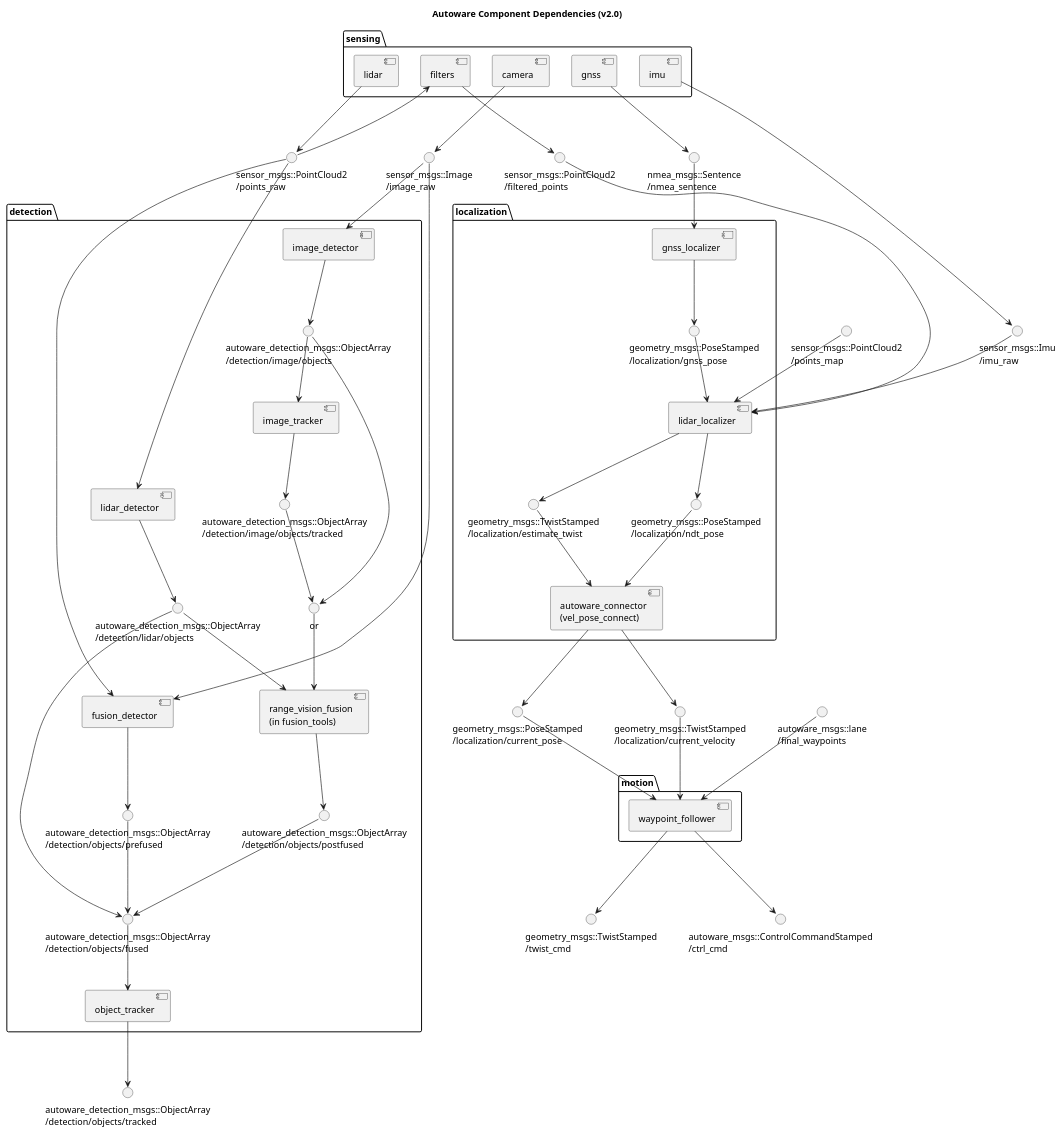
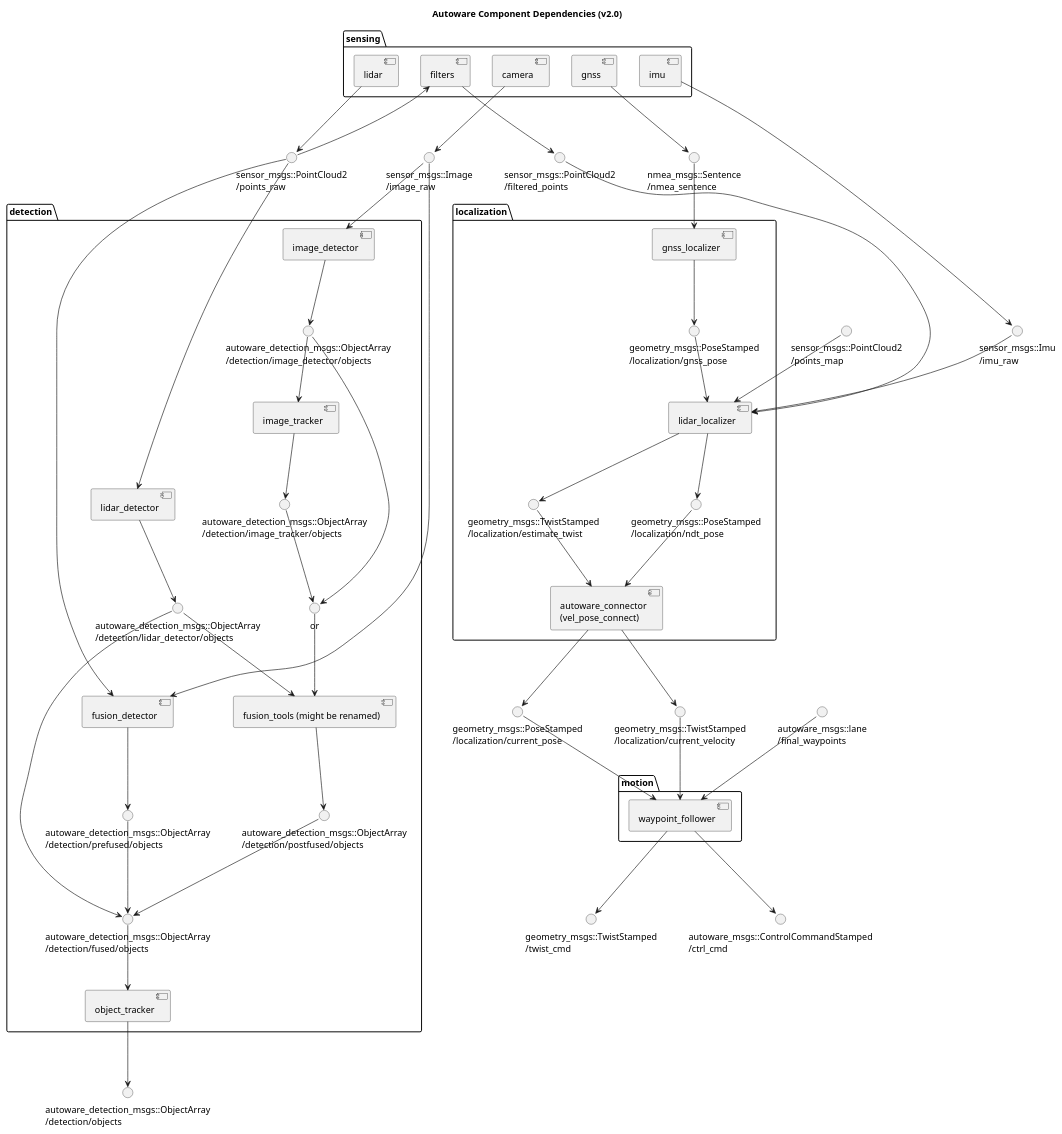
The diagram in docs/architecture/ComponentDiagram.pu (heyuliang/Autoware), drawn with PlantUML before and after one commit.

Commit message:
Rename topics to SOURCE_PHASE/NAME

```diff
--- a/docs/architecture/ComponentDiagram.pu
+++ b/docs/architecture/ComponentDiagram.pu
@@ -1,154 +1,154 @@
 @startuml
 
 title Autoware Component Dependencies (v2.0)
 
 () "sensor_msgs::Image\n/image_raw" as image_raw
 () "sensor_msgs::PointCloud2\n/points_raw" as points_raw
 () "sensor_msgs::PointCloud2\n/filtered_points" as filtered_points
 () "sensor_msgs::Imu\n/imu_raw" as imu_raw 
 () "nmea_msgs::Sentence\n/nmea_sentence" as nmea_sentence
 
 folder sensing {
     [camera]
     'outputs
     camera --> image_raw
 
     [lidar]
     'outputs
     lidar --> points_raw
 
     [filters]
     'inputs
     points_raw --> filters
     'outputs
     filters --> filtered_points
 
     [imu]
     'outputs
     imu --> imu_raw
 
     [gnss]
     'outputs
     gnss --> nmea_sentence
 }
 
-() "autoware_detection_msgs::ObjectArray\n/detection/objects/tracked" as objects_tracked
+() "autoware_detection_msgs::ObjectArray\n/detection/objects" as objects_tracked
 '() "autoware_detection_msgs::TrafficLight\n/detection/traffic_light_color" as traffic_light_color
 
 folder detection {
-    () "autoware_detection_msgs::ObjectArray\n/detection/image/objects" as detected_objects_vision
-    () "autoware_detection_msgs::ObjectArray\n/detection/image/objects/tracked" as image_objects_tracked
+    () "autoware_detection_msgs::ObjectArray\n/detection/image_detector/objects" as detected_objects_vision
+    () "autoware_detection_msgs::ObjectArray\n/detection/image_tracker/objects" as image_objects_tracked
     () "or" as image_objects
-    () "autoware_detection_msgs::ObjectArray\n/detection/lidar/objects" as detected_objects_lidar
-    () "autoware_detection_msgs::ObjectArray\n/detection/objects/postfused" as detected_objects_combined
-    () "autoware_detection_msgs::ObjectArray\n/detection/objects/prefused" as detected_objects_fused
-    () "autoware_detection_msgs::ObjectArray\n/detection/objects/fused" as objects_fused
+    () "autoware_detection_msgs::ObjectArray\n/detection/lidar_detector/objects" as detected_objects_lidar
+    () "autoware_detection_msgs::ObjectArray\n/detection/postfused/objects" as detected_objects_combined
+    () "autoware_detection_msgs::ObjectArray\n/detection/prefused/objects" as detected_objects_fused
+    () "autoware_detection_msgs::ObjectArray\n/detection/fused/objects" as objects_fused
 
     [image_detector]
     'inputs
     image_raw --> image_detector
     'outputs
     image_detector --> detected_objects_vision
 
     [image_tracker]
     'inputs
     detected_objects_vision --> image_tracker
     'outputs
     image_tracker --> image_objects_tracked
 
     [lidar_detector]
     'inputs
     points_raw --> lidar_detector
     'outputs
     lidar_detector --> detected_objects_lidar
 
     [fusion_detector]
     'inputs
     image_raw --> fusion_detector
     points_raw --> fusion_detector
     'outputs
     fusion_detector --> detected_objects_fused
 
-    [range_vision_fusion\n(in fusion_tools)] as fusion_tools
+    [fusion_tools (might be renamed)] as fusion_tools
     'inputs
     image_objects --> fusion_tools
     detected_objects_lidar --> fusion_tools
     'outputs
     fusion_tools --> detected_objects_combined
 
     'connection
     detected_objects_vision --> image_objects
     image_objects_tracked --> image_objects
 
     detected_objects_lidar --> objects_fused
     detected_objects_combined --> objects_fused
     detected_objects_fused --> objects_fused
 
     [object_tracker]
     'inputs
     objects_fused --> object_tracker
     'outputs
     object_tracker --> objects_tracked
 
     '[trafficlight_recognizer]
     'inputs
     'image_raw --> trafficlight_recognizer
     'outputs
     'trafficlight_recognizer --> traffic_light_color
 }
 
 'lidar_localizer
 () "sensor_msgs::PointCloud2\n/points_map" as points_map
 
 'vel_pose_connect
 () "geometry_msgs::PoseStamped\n/localization/current_pose" as current_pose
 () "geometry_msgs::TwistStamped\n/localization/current_velocity" as current_velocity
 
 folder localization {
     () "geometry_msgs::PoseStamped\n/localization/gnss_pose" as gnss_pose
     () "geometry_msgs::TwistStamped\n/localization/estimate_twist" as estimate_twist
     () "geometry_msgs::PoseStamped\n/localization/ndt_pose" as ndt_pose
 
     [gnss_localizer]
     'inputs
     nmea_sentence --> gnss_localizer
     'outputs
     gnss_localizer --> gnss_pose
 
     [lidar_localizer]
     'inputs
     gnss_pose --> lidar_localizer
     filtered_points --> lidar_localizer
     points_map --> lidar_localizer
     imu_raw --> lidar_localizer
     'outputs
     lidar_localizer --> estimate_twist
     lidar_localizer --> ndt_pose
 
     [autoware_connector\n(vel_pose_connect)] as vel_pose_connect
     'inputs
     estimate_twist --> vel_pose_connect
     ndt_pose --> vel_pose_connect
     'outputs
     vel_pose_connect --> current_pose
     vel_pose_connect --> current_velocity
 
     '[dead_reckoner] @ Autoware v2.0
 }
 
 () "autoware_msgs::lane\n/final_waypoints" as final_waypoints
 () "geometry_msgs::TwistStamped\n/twist_cmd" as twist_cmd
 () "autoware_msgs::ControlCommandStamped\n/ctrl_cmd" as ctrl_cmd
 
 folder motion {
     [waypoint_follower]
     'inputs
     current_pose --> waypoint_follower
     current_velocity --> waypoint_follower
     final_waypoints --> waypoint_follower
     'outputs
     waypoint_follower --> twist_cmd
     waypoint_follower --> ctrl_cmd
 }
 
 @enduml
```
